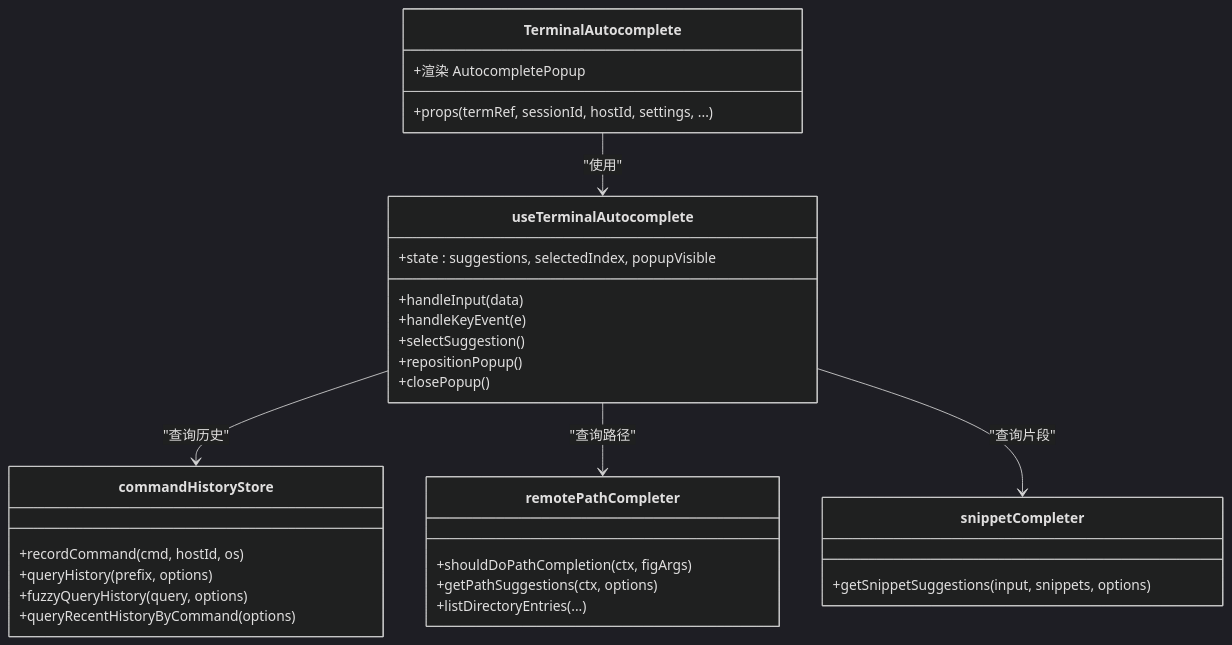
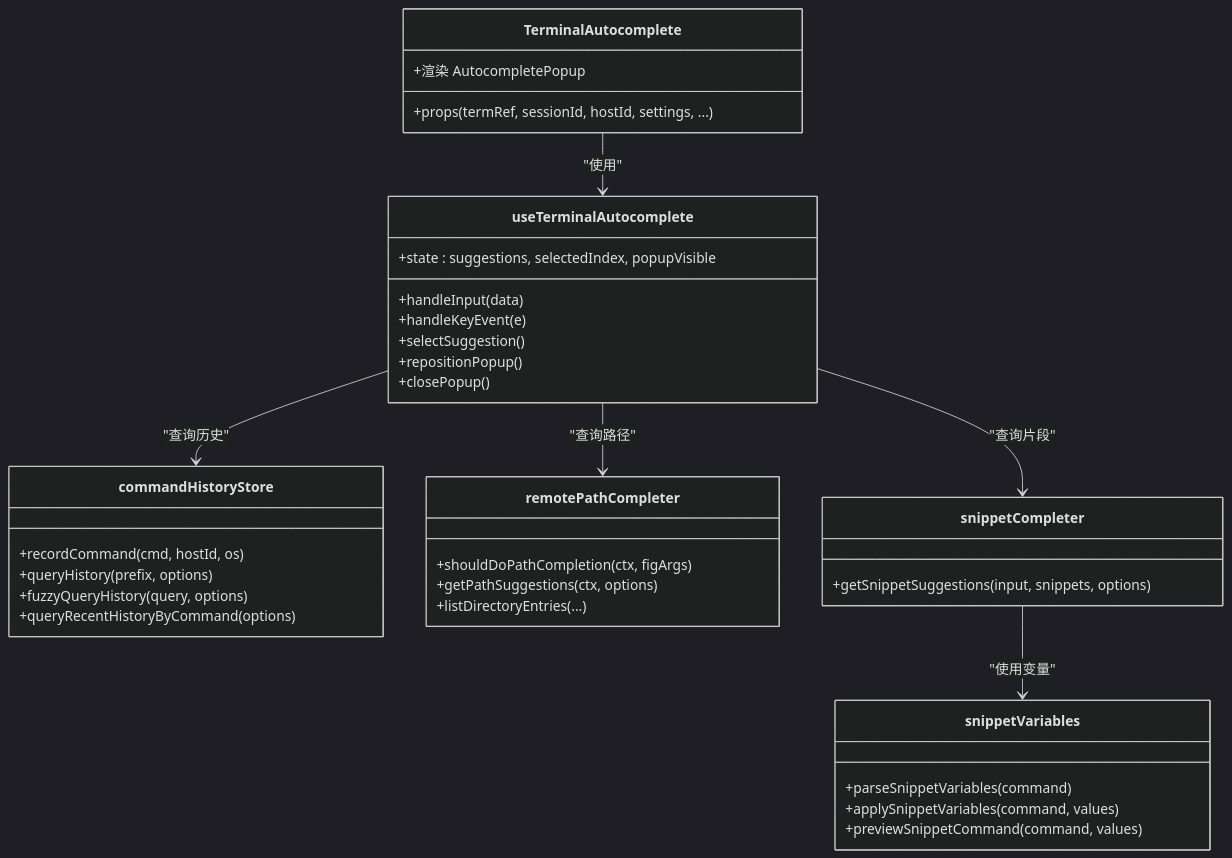
Before and after one commit to szeiyou/Netcatty: the fourth of 8 diagrams in .qoder/repowiki/zh/content/用户指南/终端功能/终端功能.md, drawn with Mermaid (dark theme). The commit also changed other lines of this file and 6 other files, not shown here.

````diff
--- a/.qoder/repowiki/zh/content/用户指南/终端功能/终端功能.md
+++ b/.qoder/repowiki/zh/content/用户指南/终端功能/终端功能.md
@@ -224,33 +288,39 @@
 ```mermaid
 classDiagram
 class TerminalAutocomplete {
 +props(termRef, sessionId, hostId, settings, ...)
 +渲染 AutocompletePopup
 }
 class useTerminalAutocomplete {
 +state : suggestions, selectedIndex, popupVisible
 +handleInput(data)
 +handleKeyEvent(e)
 +selectSuggestion()
 +repositionPopup()
 +closePopup()
 }
 class commandHistoryStore {
 +recordCommand(cmd, hostId, os)
 +queryHistory(prefix, options)
 +fuzzyQueryHistory(query, options)
 +queryRecentHistoryByCommand(options)
 }
 class remotePathCompleter {
 +shouldDoPathCompletion(ctx, figArgs)
 +getPathSuggestions(ctx, options)
 +listDirectoryEntries(...)
 }
 class snippetCompleter {
 +getSnippetSuggestions(input, snippets, options)
 }
+class snippetVariables {
++parseSnippetVariables(command)
++applySnippetVariables(command, values)
++previewSnippetCommand(command, values)
+}
 TerminalAutocomplete --> useTerminalAutocomplete : "使用"
 useTerminalAutocomplete --> commandHistoryStore : "查询历史"
 useTerminalAutocomplete --> remotePathCompleter : "查询路径"
 useTerminalAutocomplete --> snippetCompleter : "查询片段"
+snippetCompleter --> snippetVariables : "使用变量"
 ```
````
